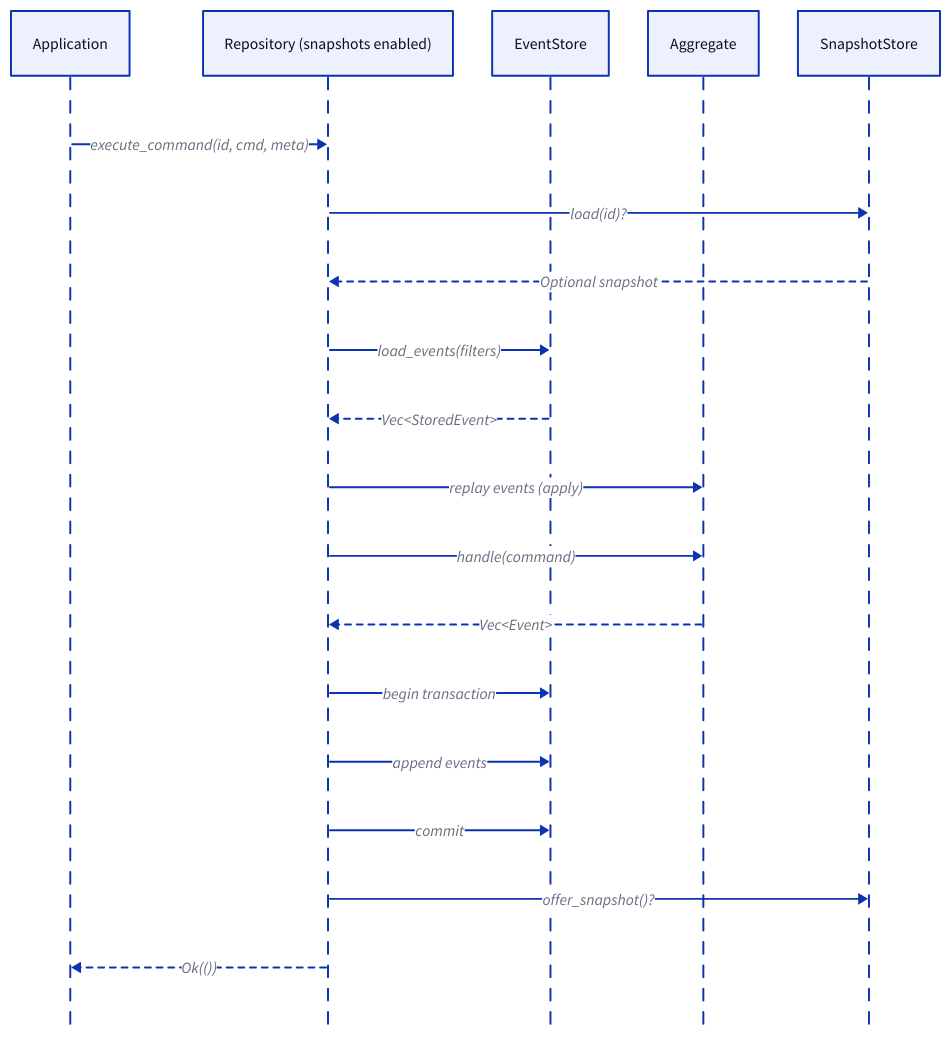
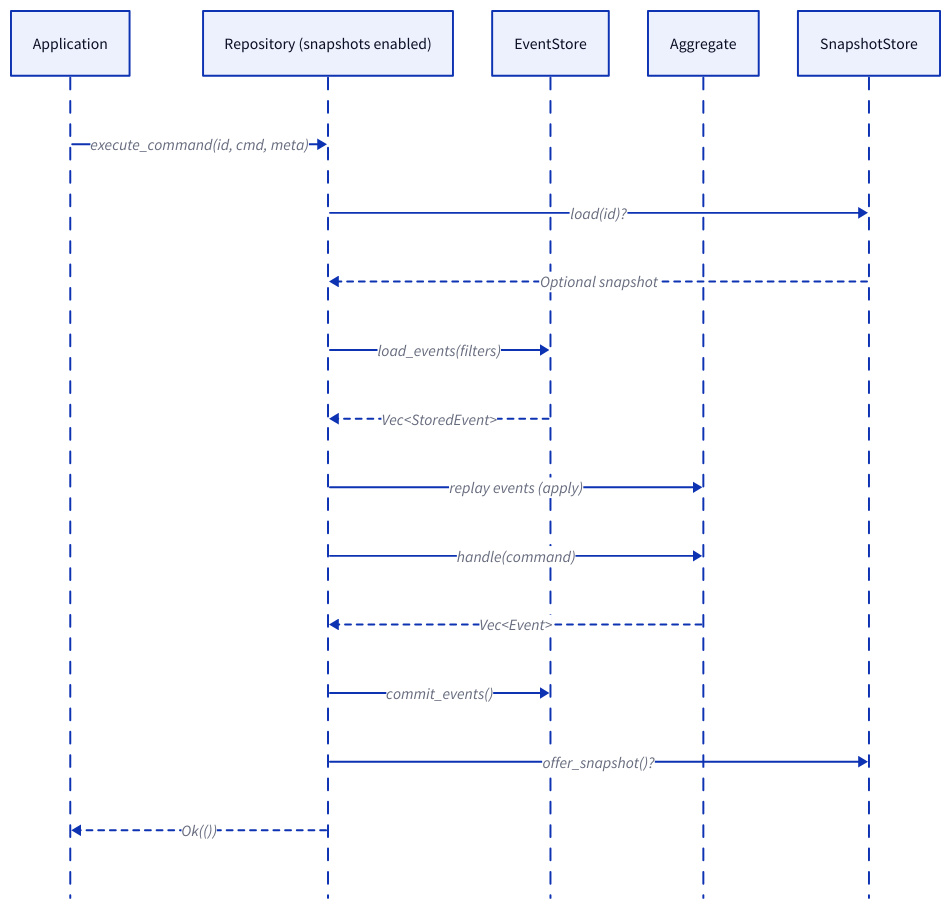
Before and after one commit to danieleades/sourcery: the second of 3 diagrams in docs/src/concepts/architecture.md, drawn with D2. The commit also changed other lines of this file and 55 other files, not shown here.

````diff
--- a/docs/src/concepts/architecture.md
+++ b/docs/src/concepts/architecture.md
@@ -63,23 +46,21 @@
 ```d2
 shape: sequence_diagram
 
 App: Application
 Repo: Repository (snapshots enabled)
 Store: EventStore
 Agg: Aggregate
 Snap: SnapshotStore
 
 App -> Repo: "execute_command(id, cmd, meta)"
 Repo -> Snap: "load(id)?"
 Snap -> Repo: "Optional snapshot" {style.stroke-dash: 3}
 Repo -> Store: "load_events(filters)"
 Store -> Repo: "Vec<StoredEvent>" {style.stroke-dash: 3}
 Repo -> Agg: "replay events (apply)"
 Repo -> Agg: "handle(command)"
 Agg -> Repo: "Vec<Event>" {style.stroke-dash: 3}
-Repo -> Store: "begin transaction"
-Repo -> Store: "append events"
-Repo -> Store: "commit"
+Repo -> Store: "commit_events()"
 Repo -> Snap: "offer_snapshot()?"
 Repo -> App: "Ok(())" {style.stroke-dash: 3}
 ```
````
